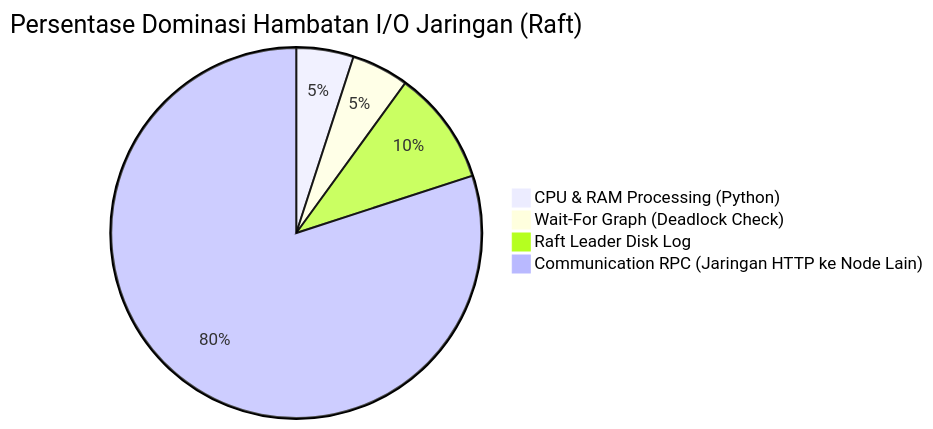
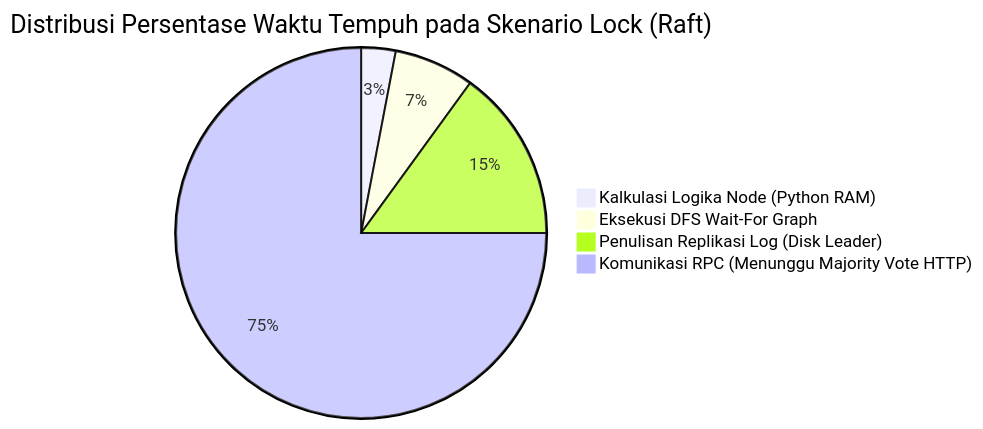
One commit to azpradipta/distributed-sync-system changed the diagram in performance_doc_appendix.md. Above: the diagram before and after it, drawn with Mermaid. The commit also changed other lines of this file and 2 other files, not shown here.

````diff
--- a/performance_doc_appendix.md
+++ b/performance_doc_appendix.md
@@ -81,7 +81,7 @@
 ```mermaid
-pie title Persentase Dominasi Hambatan I/O Jaringan (Raft)
-    "CPU & RAM Processing (Python)" : 5
-    "Wait-For Graph (Deadlock Check)" : 5
-    "Raft Leader Disk Log" : 10
-    "Communication RPC (Jaringan HTTP ke Node Lain)" : 80
+pie title Distribusi Persentase Waktu Tempuh pada Skenario Lock (Raft)
+    "Kalkulasi Logika Node (Python RAM)" : 3
+    "Eksekusi DFS Wait-For Graph" : 7
+    "Penulisan Replikasi Log (Disk Leader)" : 15
+    "Komunikasi RPC (Menunggu Majority Vote HTTP)" : 75
 ```
````
